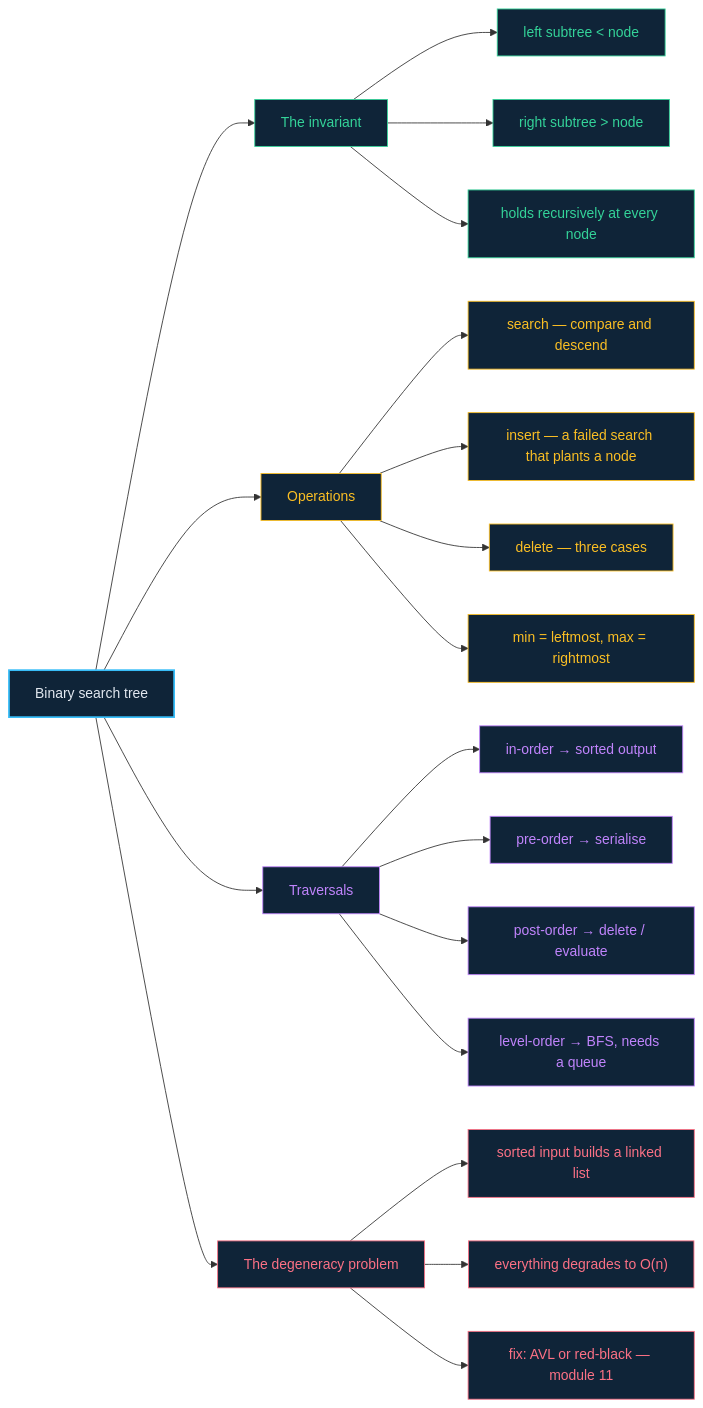
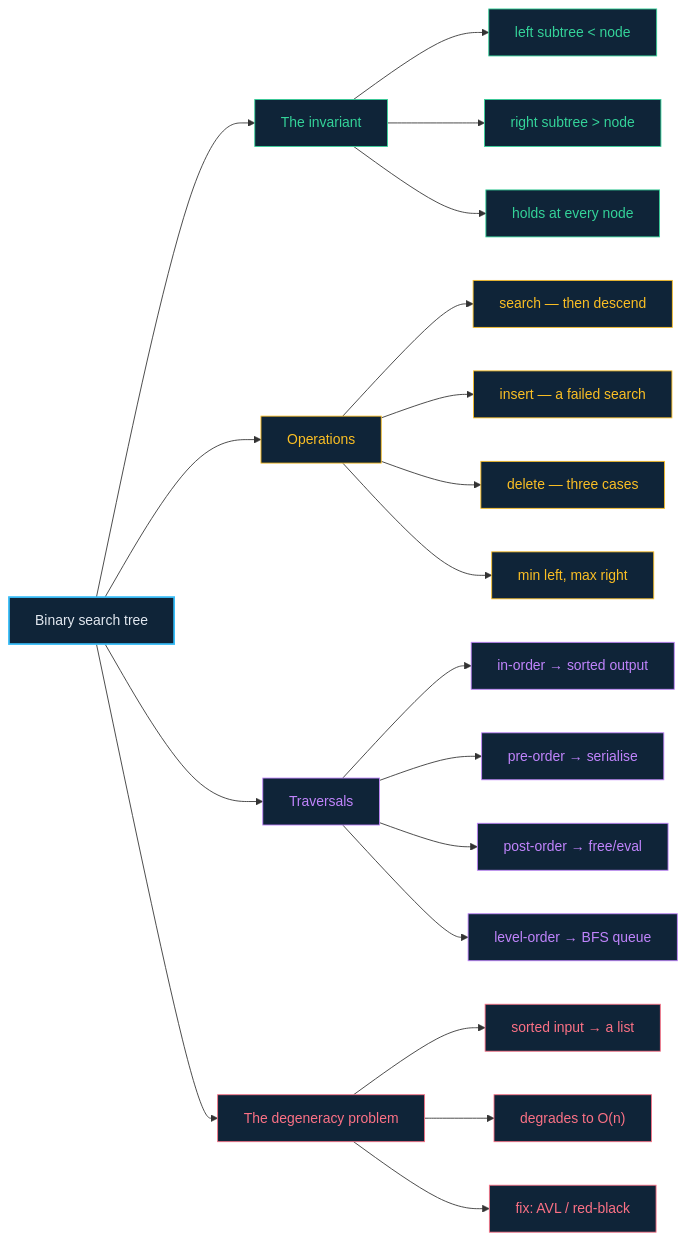
Before and after one commit to rajeshgoyalg/Learn-Data-Structures-and-Algorithms-Visually: the diagram in docs/10-binary-search-trees.md, drawn with Mermaid. The commit also changed 21 other files, not shown here.

First line of the commit message:
Shorten every mermaid label so diagrams cannot overflow and clip

````diff
--- a/docs/10-binary-search-trees.md
+++ b/docs/10-binary-search-trees.md
@@ -42,36 +42,36 @@
 ```mermaid
 flowchart LR
   B["Binary search tree"] --> I["The invariant"]
   B --> O["Operations"]
   B --> T["Traversals"]
   B --> D["The degeneracy problem"]
 
   I --> I1["left subtree < node"]
   I --> I2["right subtree > node"]
-  I --> I3["holds recursively at every node"]
+  I --> I3["holds at every node"]
 
-  O --> O1["search — compare and descend"]
-  O --> O2["insert — a failed search that plants a node"]
+  O --> O1["search — then descend"]
+  O --> O2["insert — a failed search"]
   O --> O3["delete — three cases"]
-  O --> O4["min = leftmost, max = rightmost"]
+  O --> O4["min left, max right"]
 
   T --> T1["in-order → sorted output"]
   T --> T2["pre-order → serialise"]
-  T --> T3["post-order → delete / evaluate"]
-  T --> T4["level-order → BFS, needs a queue"]
+  T --> T3["post-order → free/eval"]
+  T --> T4["level-order → BFS queue"]
 
-  D --> D1["sorted input builds a linked list"]
-  D --> D2["everything degrades to O(n)"]
-  D --> D3["fix: AVL or red-black — module 11"]
+  D --> D1["sorted input → a list"]
+  D --> D2["degrades to O(n)"]
+  D --> D3["fix: AVL / red-black"]
 
   classDef root fill:#0f2438,stroke:#38bdf8,stroke-width:2px,color:#e2e8f0
   classDef i fill:#0f2438,stroke:#34d399,color:#34d399
   classDef o fill:#0f2438,stroke:#fbbf24,color:#fbbf24
   classDef t fill:#0f2438,stroke:#c084fc,color:#c084fc
   classDef d fill:#0f2438,stroke:#fb7185,color:#fb7185
   class B root
   class I,I1,I2,I3 i
   class O,O1,O2,O3,O4 o
   class T,T1,T2,T3,T4 t
   class D,D1,D2,D3 d
 ```
````
